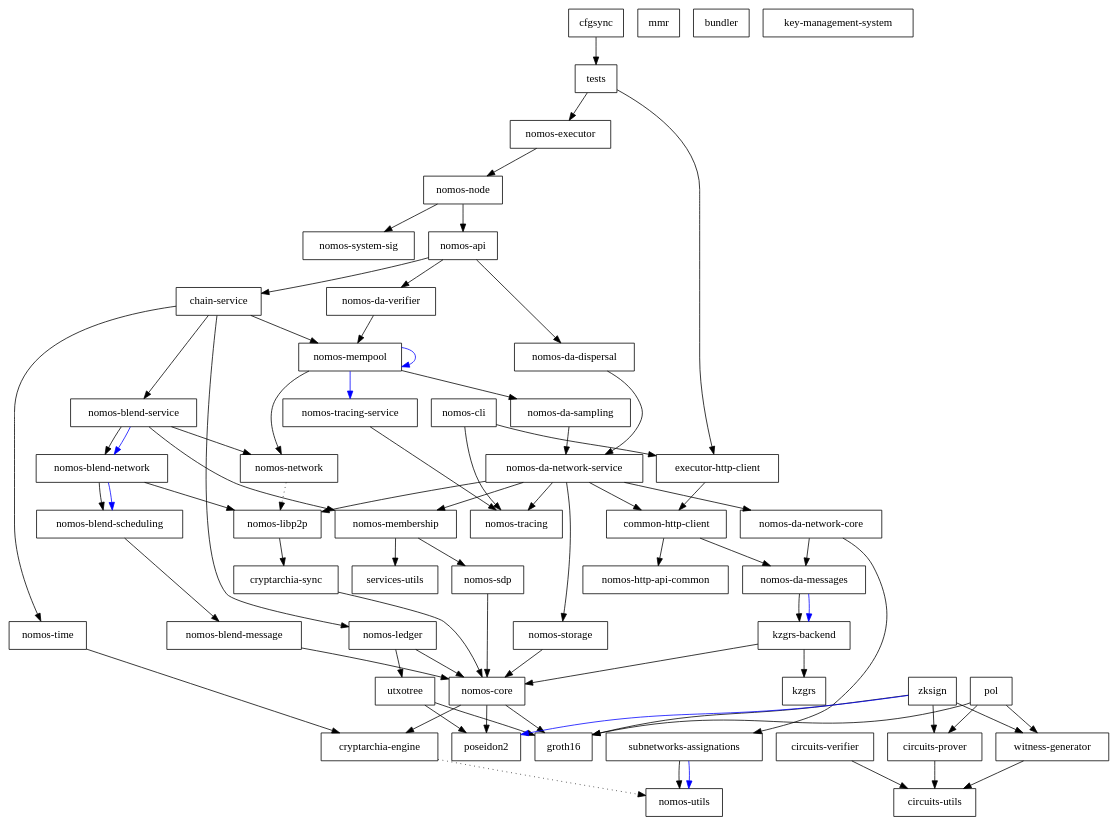
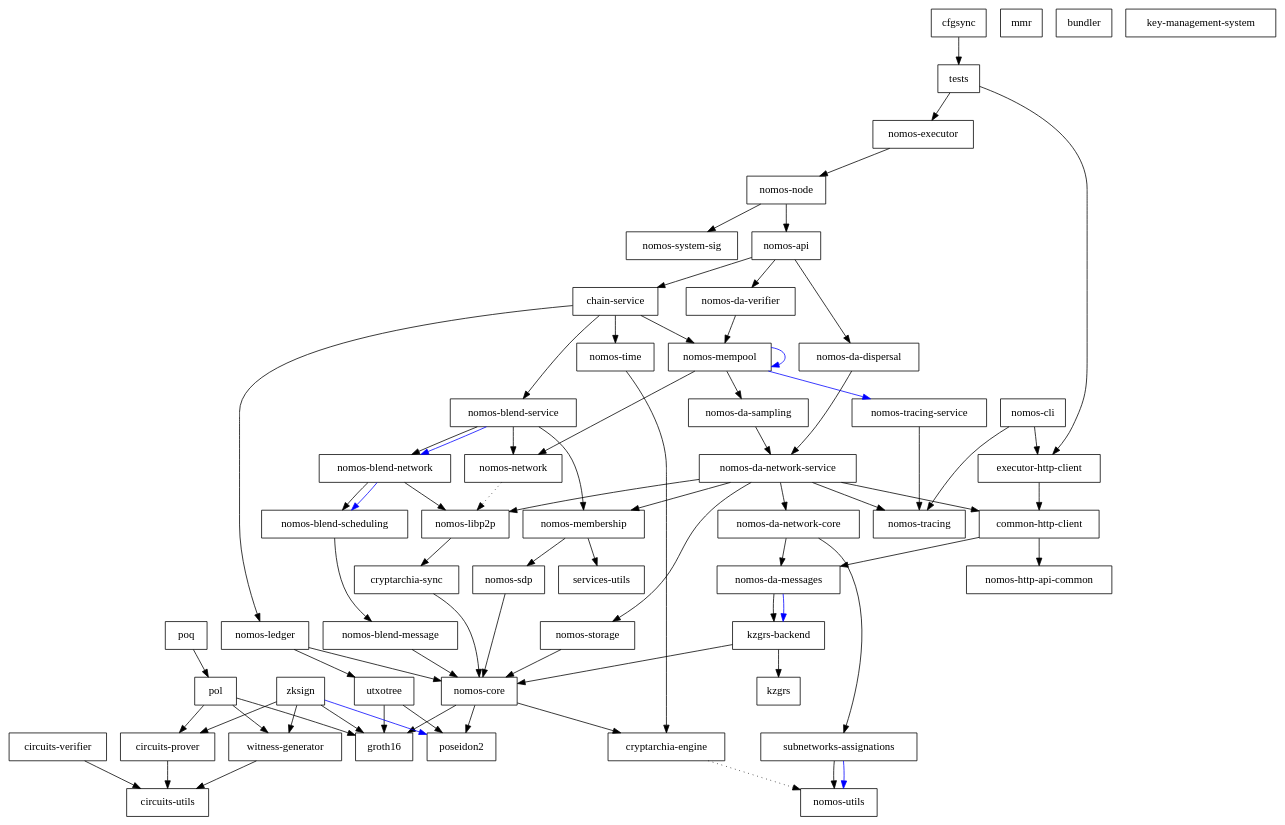
Before and after one commit to Astro521/logos-blockchain: the diagram in dependencies_graph.dot, drawn with Graphviz. The commit also changed 17 other files, not shown here.

```diff
--- a/dependencies_graph.dot
+++ b/dependencies_graph.dot
@@ -1,128 +1,130 @@
 digraph {
     0 [ label = "cryptarchia-engine" shape = box]
     1 [ label = "nomos-utils" shape = box]
     2 [ label = "cryptarchia-sync" shape = box]
     3 [ label = "nomos-core" shape = box]
     4 [ label = "groth16" shape = box]
     5 [ label = "poseidon2" shape = box]
     6 [ label = "nomos-ledger" shape = box]
     7 [ label = "utxotree" shape = box]
     8 [ label = "mmr" shape = box]
     9 [ label = "nomos-http-api-common" shape = box]
     10 [ label = "nomos-executor" shape = box]
     11 [ label = "kzgrs-backend" shape = box]
     12 [ label = "kzgrs" shape = box]
     13 [ label = "nomos-api" shape = box]
     14 [ label = "chain-service" shape = box]
     15 [ label = "nomos-blend-service" shape = box]
     16 [ label = "nomos-blend-message" shape = box]
     17 [ label = "nomos-blend-network" shape = box]
     18 [ label = "nomos-blend-scheduling" shape = box]
     19 [ label = "nomos-libp2p" shape = box]
     20 [ label = "nomos-membership" shape = box]
     21 [ label = "nomos-sdp" shape = box]
     22 [ label = "services-utils" shape = box]
     23 [ label = "nomos-network" shape = box]
     24 [ label = "nomos-da-sampling" shape = box]
     25 [ label = "nomos-da-network-core" shape = box]
     26 [ label = "nomos-da-messages" shape = box]
     27 [ label = "subnetworks-assignations" shape = box]
     28 [ label = "nomos-da-network-service" shape = box]
     29 [ label = "common-http-client" shape = box]
     30 [ label = "nomos-storage" shape = box]
     31 [ label = "nomos-tracing" shape = box]
     32 [ label = "nomos-mempool" shape = box]
     33 [ label = "nomos-tracing-service" shape = box]
     34 [ label = "nomos-time" shape = box]
     35 [ label = "nomos-da-dispersal" shape = box]
     36 [ label = "nomos-da-verifier" shape = box]
     37 [ label = "nomos-node" shape = box]
     38 [ label = "nomos-system-sig" shape = box]
     39 [ label = "executor-http-client" shape = box]
     40 [ label = "bundler" shape = box]
     41 [ label = "nomos-cli" shape = box]
     42 [ label = "key-management-system" shape = box]
     43 [ label = "cfgsync" shape = box]
     44 [ label = "tests" shape = box]
     45 [ label = "circuits-prover" shape = box]
     46 [ label = "circuits-utils" shape = box]
     47 [ label = "circuits-verifier" shape = box]
     48 [ label = "witness-generator" shape = box]
     49 [ label = "pol" shape = box]
-    50 [ label = "zksign" shape = box]
+    50 [ label = "poq" shape = box]
+    51 [ label = "zksign" shape = box]
     0 -> 1 [ style = dotted]
     2 -> 3 [ ]
     3 -> 0 [ ]
     3 -> 4 [ ]
     3 -> 5 [ ]
     6 -> 3 [ ]
     6 -> 7 [ ]
     7 -> 4 [ ]
     7 -> 5 [ ]
     10 -> 37 [ ]
     11 -> 12 [ ]
     11 -> 3 [ ]
     13 -> 14 [ ]
     13 -> 35 [ ]
     13 -> 36 [ ]
     14 -> 15 [ ]
     14 -> 6 [ ]
     14 -> 32 [ ]
     14 -> 34 [ ]
     15 -> 17 [ ]
     15 -> 17 [ color = blue]
     15 -> 20 [ ]
     15 -> 23 [ ]
     16 -> 3 [ ]
     17 -> 18 [ ]
     17 -> 18 [ color = blue]
     17 -> 19 [ ]
     18 -> 16 [ ]
     19 -> 2 [ ]
     20 -> 21 [ ]
     20 -> 22 [ ]
     21 -> 3 [ ]
     23 -> 19 [ style = dotted]
     24 -> 28 [ ]
     25 -> 26 [ ]
     25 -> 27 [ ]
     26 -> 11 [ ]
     26 -> 11 [ color = blue]
     27 -> 1 [ ]
     27 -> 1 [ color = blue]
     28 -> 29 [ ]
     28 -> 25 [ ]
     28 -> 19 [ ]
     28 -> 20 [ ]
     28 -> 30 [ ]
     28 -> 31 [ ]
     29 -> 26 [ ]
     29 -> 9 [ ]
     30 -> 3 [ ]
     32 -> 24 [ ]
     32 -> 32 [ color = blue]
     32 -> 23 [ ]
     32 -> 33 [ color = blue]
     33 -> 31 [ ]
     34 -> 0 [ ]
     35 -> 28 [ ]
     36 -> 32 [ ]
     37 -> 13 [ ]
     37 -> 38 [ ]
     39 -> 29 [ ]
     41 -> 39 [ ]
     41 -> 31 [ ]
     43 -> 44 [ ]
     44 -> 39 [ ]
     44 -> 10 [ ]
     45 -> 46 [ ]
     47 -> 46 [ ]
     48 -> 46 [ ]
     49 -> 45 [ ]
     49 -> 4 [ ]
     49 -> 48 [ ]
-    50 -> 45 [ ]
-    50 -> 4 [ ]
-    50 -> 5 [ color = blue]
-    50 -> 48 [ ]
+    50 -> 49 [ ]
+    51 -> 45 [ ]
+    51 -> 4 [ ]
+    51 -> 5 [ color = blue]
+    51 -> 48 [ ]
 }
```
